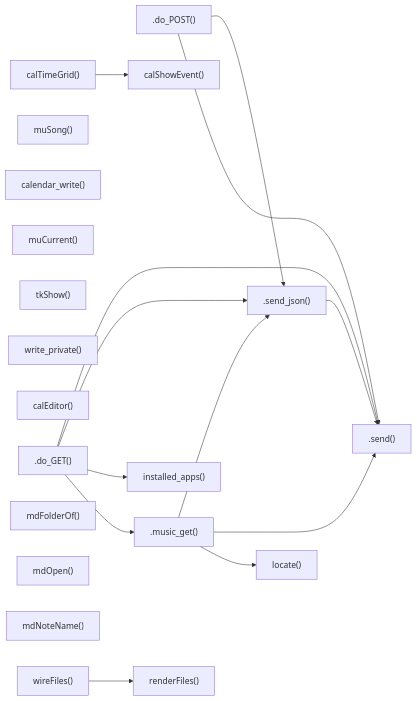
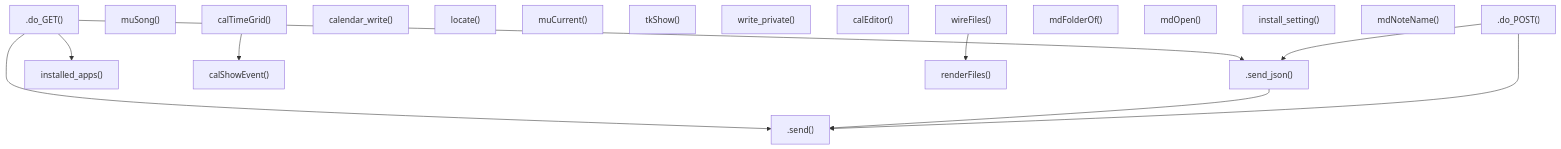
Before and after one commit to spaceadler/adlerOS: the second of 2 diagrams in CODEMAP.md, drawn with Mermaid. The commit also changed other lines of this file, not shown here.

````diff
--- a/CODEMAP.md
+++ b/CODEMAP.md
@@ -86,35 +86,31 @@
 ```mermaid
-flowchart LR
+flowchart TB
     n_app_server_handler_do_get[".do_GET()"]
     n_app_server_handler_send_json[".send_json()"]
     n_app_static_music_musong["muSong()"]
     n_app_server_handler_do_post[".do_POST()"]
     n_app_server_calendar_write["calendar_write()"]
     n_app_server_locate["locate()"]
     n_app_static_music_mucurrent["muCurrent()"]
     n_app_static_tasks_tkshow["tkShow()"]
     n_app_server_write_private["write_private()"]
     n_app_server_handler_send[".send()"]
+    n_app_server_installed_apps["installed_apps()"]
     n_app_static_calendar_caleditor["calEditor()"]
     n_app_static_calendar_calshowevent["calShowEvent()"]
     n_app_static_calendar_caltimegrid["calTimeGrid()"]
-    n_app_server_installed_apps["installed_apps()"]
     n_app_static_luna_mdfolderof["mdFolderOf()"]
     n_app_static_luna_mdopen["mdOpen()"]
+    n_app_server_install_setting["install_setting()"]
     n_app_static_luna_mdnotename["mdNoteName()"]
     n_app_static_files_renderfiles["renderFiles()"]
     n_app_static_files_wirefiles["wireFiles()"]
-    n_app_server_handler_music_get[".music_get()"]
     n_app_server_handler_do_get --> n_app_server_handler_send
     n_app_server_handler_do_get --> n_app_server_handler_send_json
     n_app_server_handler_do_get --> n_app_server_installed_apps
-    n_app_server_handler_do_get --> n_app_server_handler_music_get
     n_app_server_handler_send_json --> n_app_server_handler_send
     n_app_server_handler_do_post --> n_app_server_handler_send_json
     n_app_server_handler_do_post --> n_app_server_handler_send
     n_app_static_calendar_caltimegrid --> n_app_static_calendar_calshowevent
     n_app_static_files_wirefiles --> n_app_static_files_renderfiles
-    n_app_server_handler_music_get --> n_app_server_handler_send_json
-    n_app_server_handler_music_get --> n_app_server_handler_send
-    n_app_server_handler_music_get --> n_app_server_locate
 ```
````
